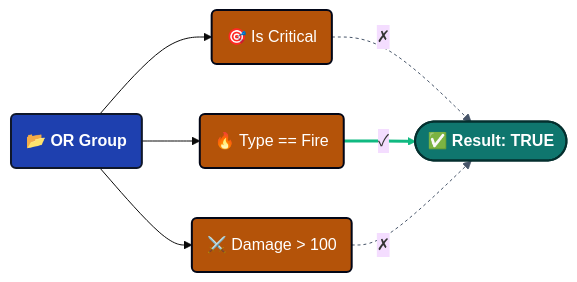
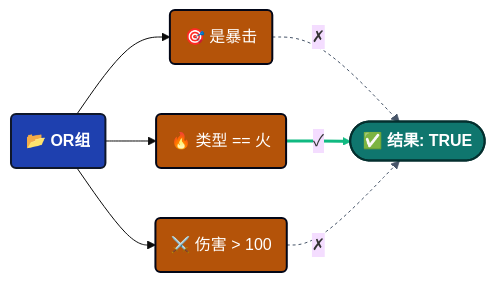
The second of 5 diagrams in i18n/zh/docusaurus-plugin-content-docs/current/game-event-system/visual-workflow/visual-condition-tree.md (tinygiants-tech/TinyGiants), drawn with Mermaid (base theme) before and after one commit. The commit also changed other lines of this file and 7 other files, not shown here.

````diff
--- a/i18n/zh/docusaurus-plugin-content-docs/current/game-event-system/visual-workflow/visual-condition-tree.md
+++ b/i18n/zh/docusaurus-plugin-content-docs/current/game-event-system/visual-workflow/visual-condition-tree.md
@@ -140,20 +136,20 @@
 ```mermaid
 graph LR
 
     classDef group fill:#1e40af,stroke:#0f172a,stroke-width:2px,color:#ffffff,font-weight:bold
     classDef cond fill:#b45309,stroke:#020617,stroke-width:2px,color:#ffffff
     classDef success fill:#0f766e,stroke:#042f2e,stroke-width:2px,color:#ffffff,font-weight:bold
 
-    A(📂 OR Group):::group
+    A(📂 OR组):::group
     
-    A --> C1(🎯 Is Critical):::cond
-    A --> C2(🔥 Type == Fire):::cond
-    A --> C3(⚔️ Damage > 100):::cond
+    A --> C1(🎯 是暴击):::cond
+    A --> C2(🔥 类型 == 火):::cond
+    A --> C3(⚔️ 伤害 > 100):::cond
 
-    C1 -- "✗" --> R([✅ Result: TRUE]):::success
+    C1 -- "✗" --> R([✅ 结果: TRUE]):::success
     C2 -- "✓" --> R
     C3 -- "✗" --> R
 
     linkStyle 3,5 stroke:#475569,stroke-width:1px,stroke-dasharray: 3 3
     linkStyle 4 stroke:#10b981,stroke-width:3px
 ```
````
